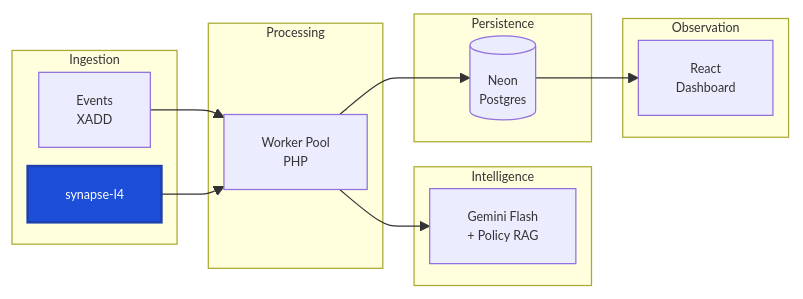
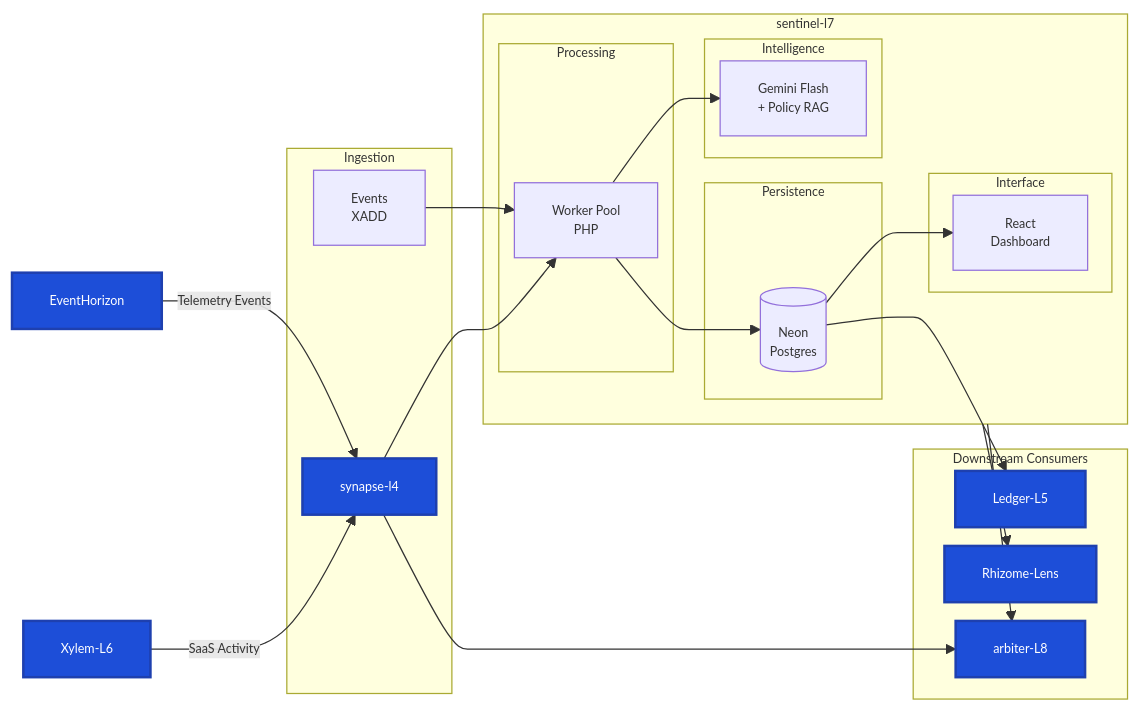
The first of 7 diagrams in README.md (obrienma/sentinel-l7), drawn with Mermaid before and after one commit. The commit also changed other lines of this file, not shown here.

First line of the commit message:
docs(readme): add sibling-repo links to pipeline diagram

````diff
--- a/README.md
+++ b/README.md
@@ -13,30 +13,54 @@
 ```mermaid
 %%{init: {'themeVariables': {'fontSize': '10px'}, 'flowchart': {'nodeSpacing': 15, 'rankSpacing': 25}}}%%
 flowchart LR
+    EH[EventHorizon]
+    XY[Xylem-L6]
+
     subgraph Ingestion
         A[Events<br/>XADD]
         SL[synapse-l4]
     end
-    subgraph Processing
-        B[Worker Pool<br/>PHP]
+
+    subgraph SentinelL7["sentinel-l7"]
+        subgraph Processing
+            B[Worker Pool<br/>PHP]
+        end
+        subgraph Intelligence
+            C[Gemini Flash<br/>+ Policy RAG]
+        end
+        subgraph Interface
+            E[React<br/>Dashboard]
+        end
+        subgraph Persistence
+            D[(Neon<br/>Postgres)]
+        end
     end
-    subgraph Intelligence
-        C[Gemini Flash<br/>+ Policy RAG]
+
+    subgraph "Downstream Consumers"
+        AR[arbiter-L8]
+        LE[Ledger-L5]
+        RL[Rhizome-Lens]
     end
-    subgraph Persistence
-        D[(Neon<br/>Postgres)]
-    end
-    subgraph Observation
-        E[React<br/>Dashboard]
-    end
+
+    EH -->|Telemetry Events| SL
+    XY -->|SaaS Activity| SL
     A --> B
     SL --> B
     B --> C
     B --> D
     D --> E
+    D --> LE
+    SL --> AR
+    SentinelL7 --> AR
+    SentinelL7 --> RL
 
+    click EH "https://github.com/obrienma/EventHorizon#readme" "Go to EventHorizon repo"
+    click XY "https://github.com/obrienma/Xylem-L6#readme" "Go to Xylem-L6 repo"
     click SL "https://github.com/obrienma/synapse-l4#readme" "Go to synapse-l4 repo"
+    click AR "https://github.com/obrienma/Arbiter-L8#readme" "Go to arbiter-L8 repo"
+    click LE "https://github.com/obrienma/Ledger-L5#readme" "Go to Ledger-L5 repo"
+    click RL "https://github.com/obrienma/Rhizome-Lens#readme" "Go to Rhizome-Lens repo"
 
     classDef clickable fill:#1d4ed8,stroke:#1e40af,stroke-width:2px,color:#ffffff
-    class SL clickable
+    class EH,XY,SL,AR,LE,RL clickable
 ```
````
